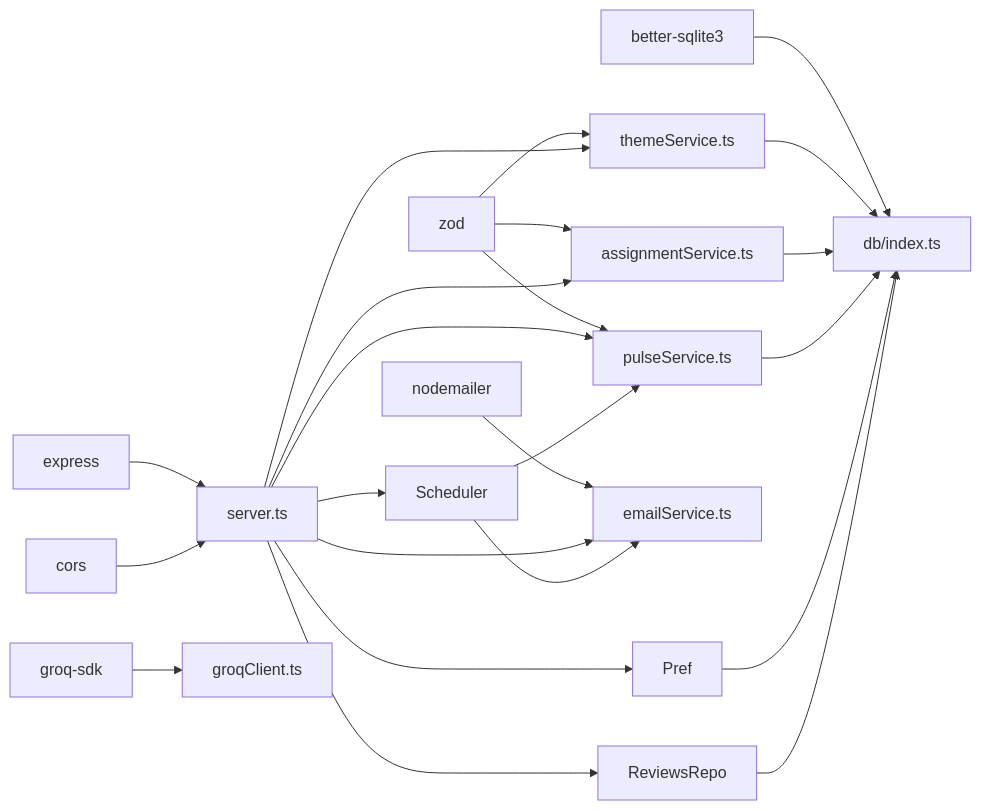
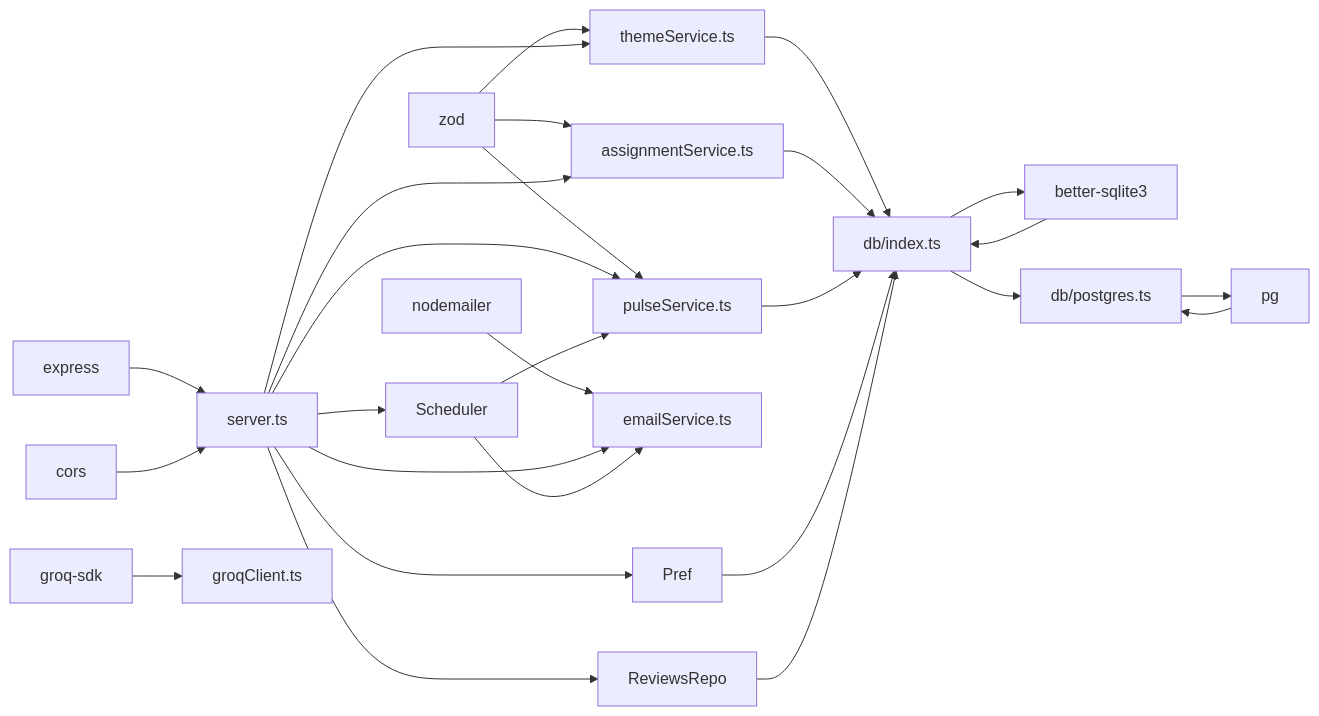
Before and after one commit to aravinthraj-ramalingam/Groww-App-Review-Insights-Analyzer-: the tenth of 11 diagrams in .qoder/repowiki/en/content/API Reference/Phase 2 API Endpoints.md, drawn with Mermaid. The commit also changed other lines of this file and 4 other files, not shown here.

````diff
--- a/.qoder/repowiki/en/content/API Reference/Phase 2 API Endpoints.md
+++ b/.qoder/repowiki/en/content/API Reference/Phase 2 API Endpoints.md
@@ -562,25 +559,29 @@
 ```mermaid
 graph LR
 Express["express"] --> Server["server.ts"]
 Cors["cors"] --> Server
 Zod["zod"] --> ThemeSvc["themeService.ts"]
 Zod --> AssignmentSvc["assignmentService.ts"]
 Zod --> PulseSvc["pulseService.ts"]
 Better["better-sqlite3"] --> DB["db/index.ts"]
+PG["pg"] --> Postgres["db/postgres.ts"]
 GroqSDK["groq-sdk"] --> Groq["groqClient.ts"]
 Nodemailer["nodemailer"] --> Email["emailService.ts"]
 Server --> ThemeSvc
 Server --> AssignmentSvc
 Server --> PulseSvc
 Server --> Email
 Server --> Pref
 Server --> ReviewsRepo
 Server --> Scheduler
 ThemeSvc --> DB
 AssignmentSvc --> DB
 PulseSvc --> DB
 Pref --> DB
 ReviewsRepo --> DB
 Scheduler --> PulseSvc
 Scheduler --> Email
+DB --> Postgres
+DB --> Better
+Postgres --> PG
 ```
````
